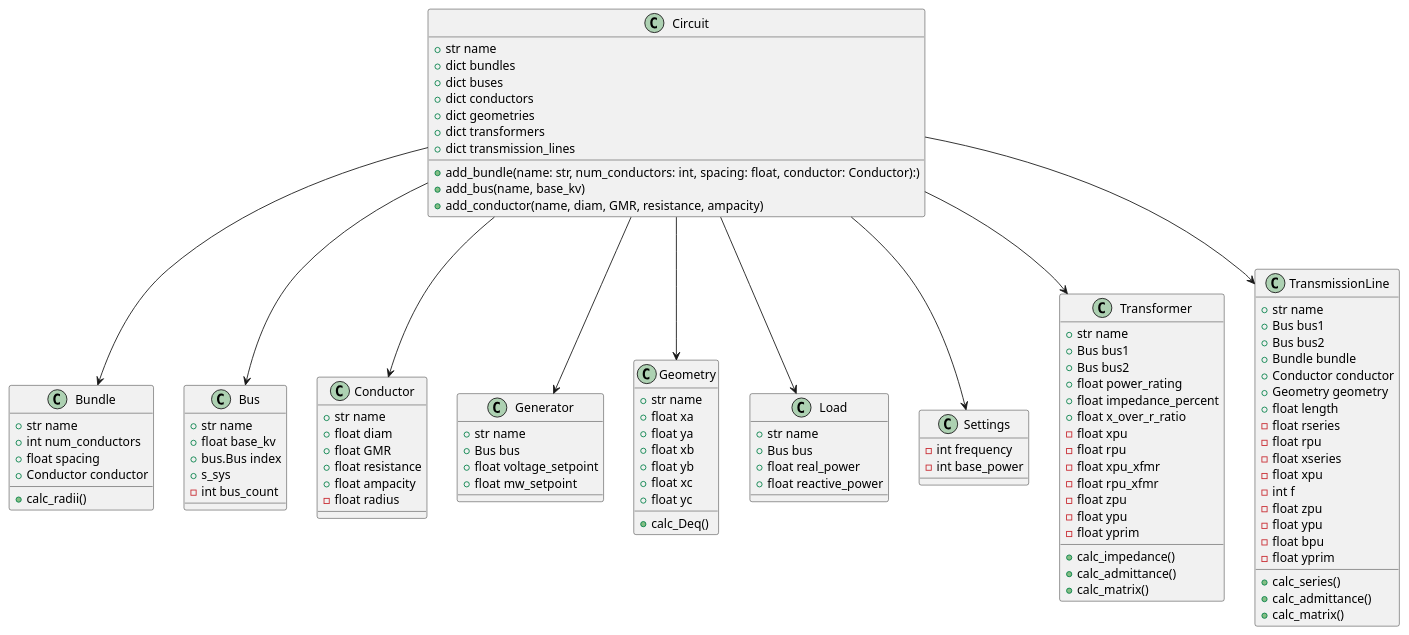
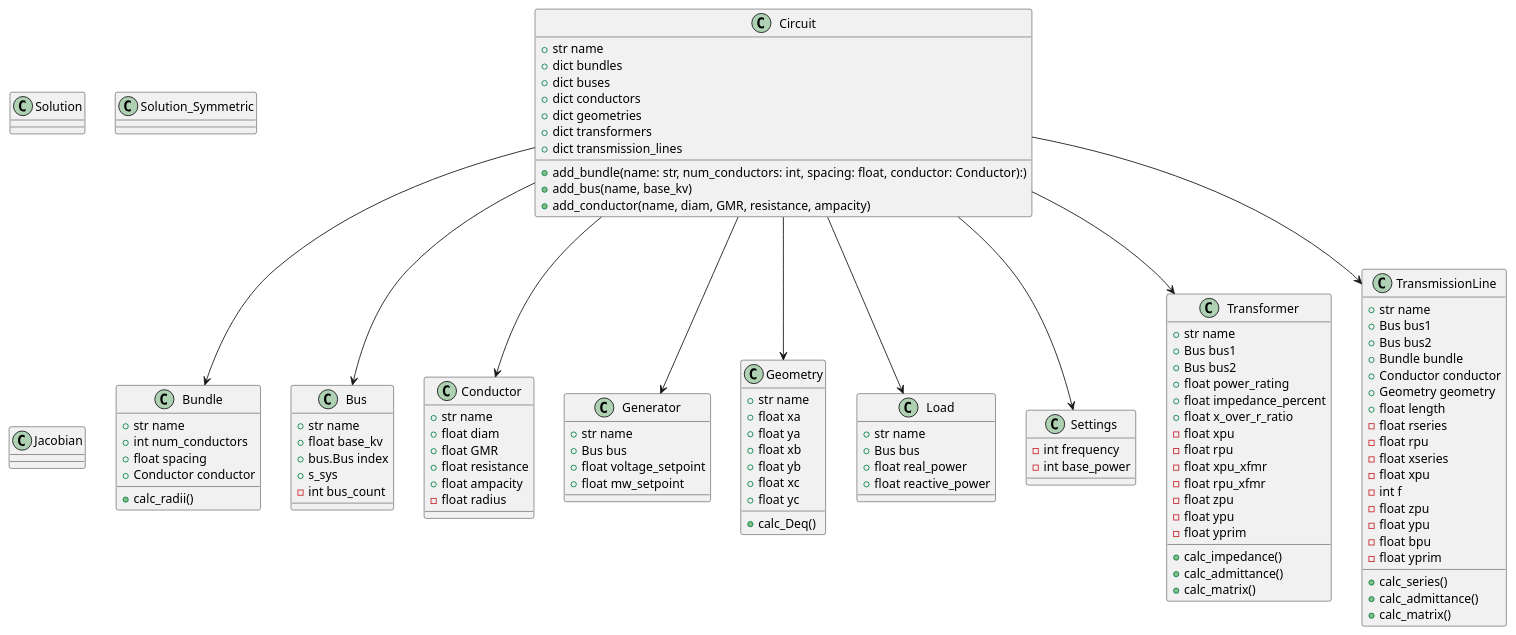
One commit to AJG184-Pitt/Project-3---GUI-Frontend changed the diagram in circuit.puml. Above: the diagram before and after it, drawn with PlantUML. The commit also changed 5 other files, not shown here.

```diff
--- a/circuit.puml
+++ b/circuit.puml
@@ -1,126 +1,138 @@
 @startuml
 class Circuit {
     +str name
     +dict bundles
     +dict buses
     +dict conductors
     +dict geometries
     +dict transformers
     +dict transmission_lines
 
     +add_bundle(name: str, num_conductors: int, spacing: float, conductor: Conductor):)
     +add_bus(name, base_kv)
     +add_conductor(name, diam, GMR, resistance, ampacity)
 }
 
 class Bundle {
     +str name
     +int num_conductors
     +float spacing
     +Conductor conductor
 
     +calc_radii()
 }
 
 class Bus {
     +str name
     +float base_kv
     +bus.Bus index
     +s_sys
     -int bus_count
 }
 
 class Conductor {
     +str name
     +float diam
     +float GMR
     +float resistance
     +float ampacity
     -float radius
 }
 
 class Generator {
     +str name
     +Bus bus
     +float voltage_setpoint
     +float mw_setpoint
 }
 
 class Geometry {
     +str name
     +float xa
     +float ya
     +float xb
     +float yb
     +float xc
     +float yc
 
     +calc_Deq()
 }
 
 class Load {
     +str name
     +Bus bus
     +float real_power
     +float reactive_power
 }
 
 class Settings {
     -int frequency
     -int base_power
 }
 
 class Transformer {
     +str name
     +Bus bus1
     +Bus bus2
     +float power_rating
     +float impedance_percent
     +float x_over_r_ratio
     -float xpu
     -float rpu
     -float xpu_xfmr
     -float rpu_xfmr
     -float zpu
     -float ypu
     -float yprim
 
     +calc_impedance()
     +calc_admittance()
     +calc_matrix()
 }
 
 class TransmissionLine {
     +str name
     +Bus bus1
     +Bus bus2
     +Bundle bundle
     +Conductor conductor 
     +Geometry geometry 
     +float length
     -float rseries
     -float rpu
     -float xseries
     -float xpu
     -int f
     -float zpu
     -float ypu
     -float bpu
     -float yprim
 
     +calc_series()
     +calc_admittance()
     +calc_matrix()
 }
 
+class Solution {
+
+}
+
+class Solution_Symmetric {
+
+}
+
+class Jacobian {
+    
+}
+
 Circuit --> Bundle
 Circuit --> Bus
 Circuit --> Conductor
 Circuit --> Generator
 Circuit --> Geometry
 Circuit --> Load
 Circuit --> Settings
 Circuit --> Transformer
 Circuit --> TransmissionLine
 
 @enduml
```
